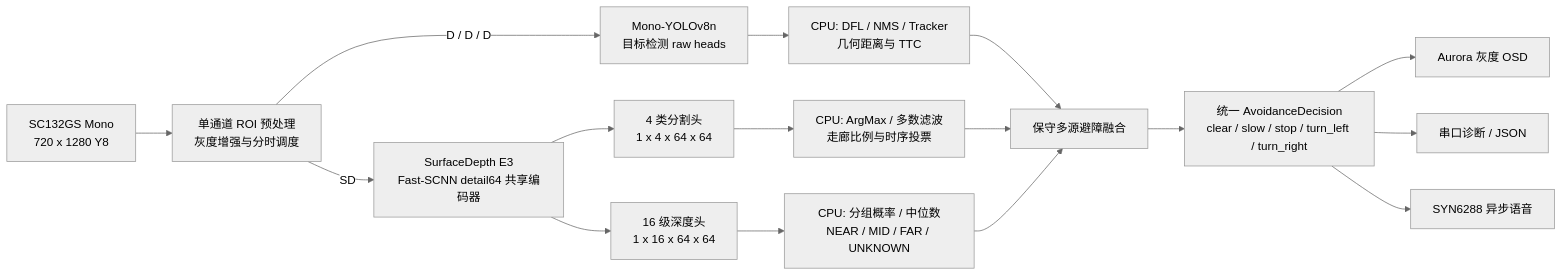
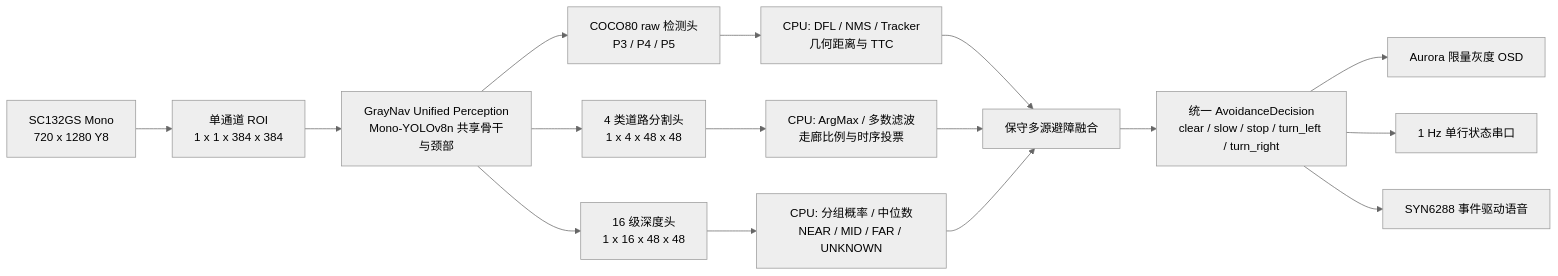
One commit to daiyonglin/graynav-obstacle-detect changed the diagram in README.md. Above: the diagram before and after it, drawn with Mermaid (neutral theme). The commit also changed other lines of this file and 2 other files, not shown here.

Commit message:
docs: record dual-model board failure and unified redesign

````diff
--- a/README.md
+++ b/README.md
@@ -23,23 +24,22 @@
 ```mermaid
 flowchart LR
-    CAM["SC132GS Mono<br/>720 x 1280 Y8"] --> PRE["单通道 ROI 预处理<br/>灰度增强与分时调度"]
+    CAM["SC132GS Mono<br/>720 x 1280 Y8"] --> PRE["单通道 ROI<br/>1 x 1 x 384 x 384"]
+    PRE --> NET["GrayNav Unified Perception<br/>Mono-YOLOv8n 共享骨干与颈部"]
 
-    PRE -->|"D / D / D"| DET["Mono-YOLOv8n<br/>目标检测 raw heads"]
-    PRE -->|"SD"| ENC["SurfaceDepth E3<br/>Fast-SCNN detail64 共享编码器"]
-
-    ENC --> SEG["4 类分割头<br/>1 x 4 x 64 x 64"]
-    ENC --> DEP["16 级深度头<br/>1 x 16 x 64 x 64"]
+    NET --> DET["COCO80 raw 检测头<br/>P3 / P4 / P5"]
+    NET --> SEG["4 类道路分割头<br/>1 x 4 x 48 x 48"]
+    NET --> DEP["16 级深度头<br/>1 x 16 x 48 x 48"]
 
     DET --> DPOST["CPU: DFL / NMS / Tracker<br/>几何距离与 TTC"]
     SEG --> SPOST["CPU: ArgMax / 多数滤波<br/>走廊比例与时序投票"]
     DEP --> ZPOST["CPU: 分组概率 / 中位数<br/>NEAR / MID / FAR / UNKNOWN"]
 
     DPOST --> FUSE["保守多源避障融合"]
     SPOST --> FUSE
     ZPOST --> FUSE
 
     FUSE --> DEC["统一 AvoidanceDecision<br/>clear / slow / stop / turn_left / turn_right"]
-    DEC --> OSD["Aurora 灰度 OSD"]
-    DEC --> SERIAL["串口诊断 / JSON"]
-    DEC --> VOICE["SYN6288 异步语音"]
+    DEC --> OSD["Aurora 限量灰度 OSD"]
+    DEC --> SERIAL["1 Hz 单行状态串口"]
+    DEC --> VOICE["SYN6288 事件驱动语音"]
 ```
````
